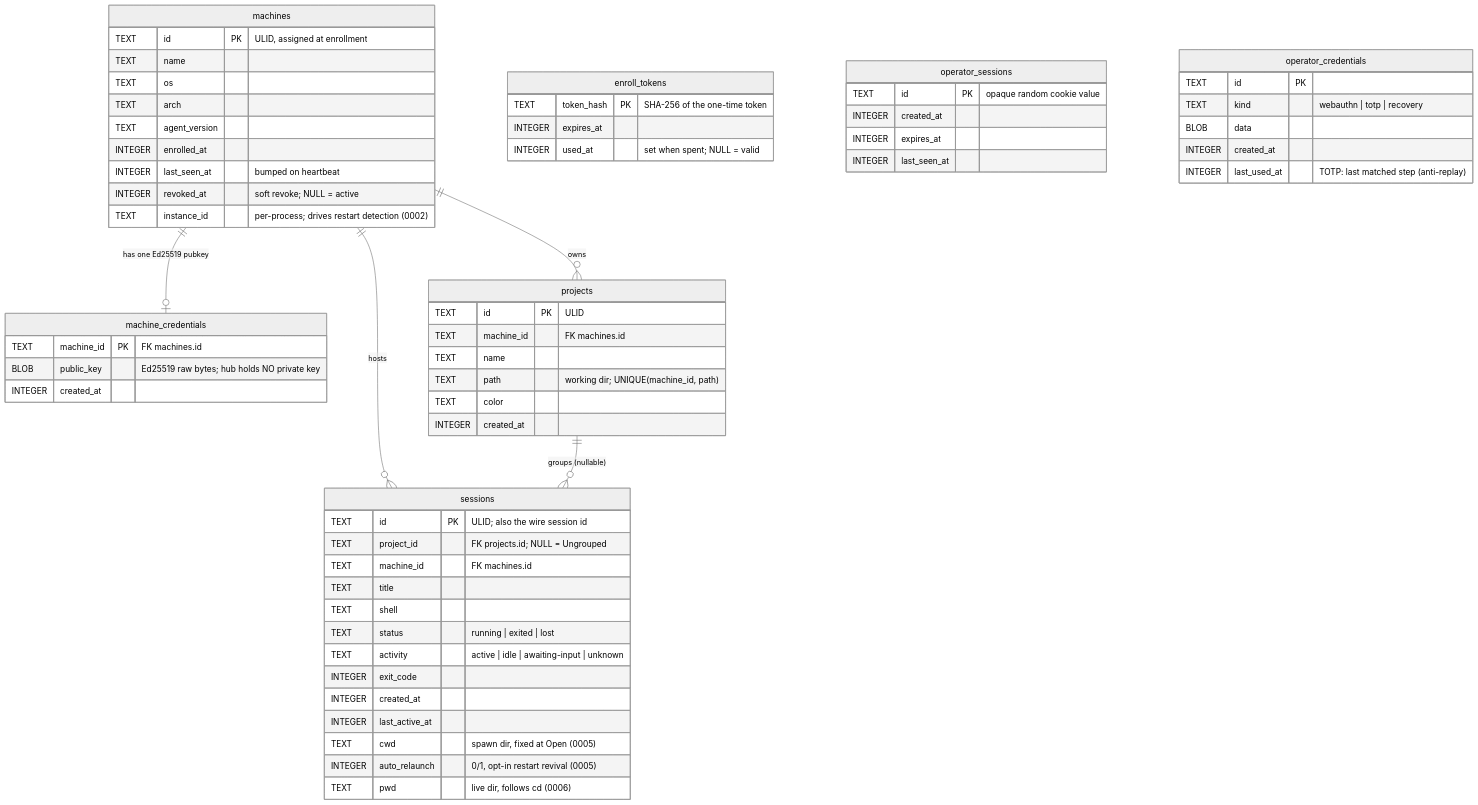
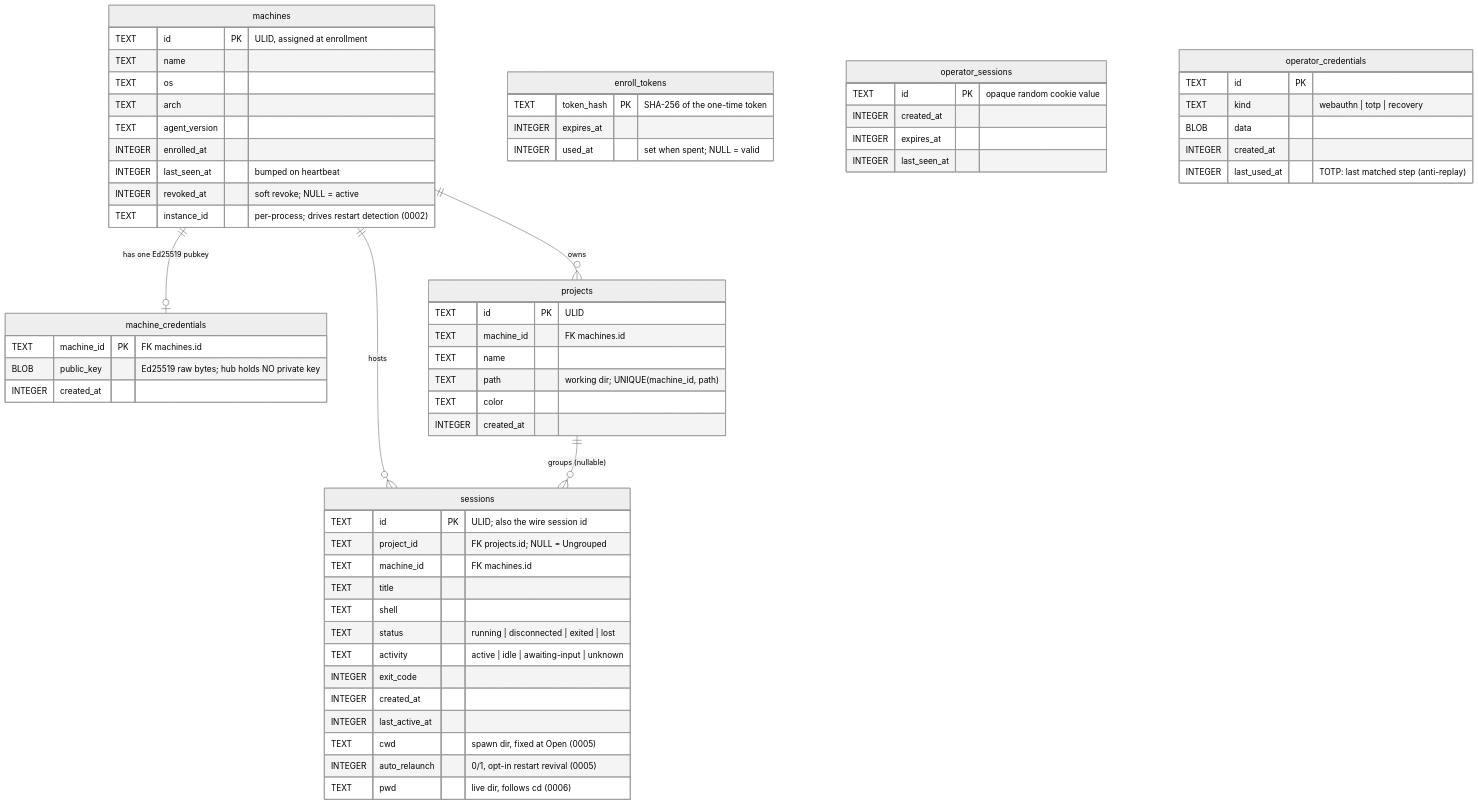
The first of 3 diagrams in docs/05-data-model.md (rizquuula/Constellate), drawn with Mermaid (neutral theme) before and after one commit. The commit also changed other lines of this file and 10 other files, not shown here.

````diff
--- a/docs/05-data-model.md
+++ b/docs/05-data-model.md
@@ -17,65 +17,65 @@
 ```mermaid
 erDiagram
     machines            ||--o| machine_credentials : "has one Ed25519 pubkey"
     machines            ||--o{ projects            : "owns"
     machines            ||--o{ sessions            : "hosts"
     projects            ||--o{ sessions            : "groups (nullable)"
 
     machines {
         TEXT    id PK "ULID, assigned at enrollment"
         TEXT    name
         TEXT    os
         TEXT    arch
         TEXT    agent_version
         INTEGER enrolled_at
         INTEGER last_seen_at "bumped on heartbeat"
         INTEGER revoked_at "soft revoke; NULL = active"
         TEXT    instance_id "per-process; drives restart detection (0002)"
     }
     machine_credentials {
         TEXT    machine_id PK "FK machines.id"
         BLOB    public_key "Ed25519 raw bytes; hub holds NO private key"
         INTEGER created_at
     }
     projects {
         TEXT    id PK "ULID"
         TEXT    machine_id "FK machines.id"
         TEXT    name
         TEXT    path "working dir; UNIQUE(machine_id, path)"
         TEXT    color
         INTEGER created_at
     }
     sessions {
         TEXT    id PK "ULID; also the wire session id"
         TEXT    project_id "FK projects.id; NULL = Ungrouped"
         TEXT    machine_id "FK machines.id"
         TEXT    title
         TEXT    shell
-        TEXT    status "running | exited | lost"
+        TEXT    status "running | disconnected | exited | lost"
         TEXT    activity "active | idle | awaiting-input | unknown"
         INTEGER exit_code
         INTEGER created_at
         INTEGER last_active_at
         TEXT    cwd "spawn dir, fixed at Open (0005)"
         INTEGER auto_relaunch "0/1, opt-in restart revival (0005)"
         TEXT    pwd "live dir, follows cd (0006)"
     }
     enroll_tokens {
         TEXT    token_hash PK "SHA-256 of the one-time token"
         INTEGER expires_at
         INTEGER used_at "set when spent; NULL = valid"
     }
     operator_sessions {
         TEXT    id PK "opaque random cookie value"
         INTEGER created_at
         INTEGER expires_at
         INTEGER last_seen_at
     }
     operator_credentials {
         TEXT    id PK
         TEXT    kind "webauthn | totp | recovery"
         BLOB    data
         INTEGER created_at
         INTEGER last_used_at "TOTP: last matched step (anti-replay)"
     }
 ```
````
